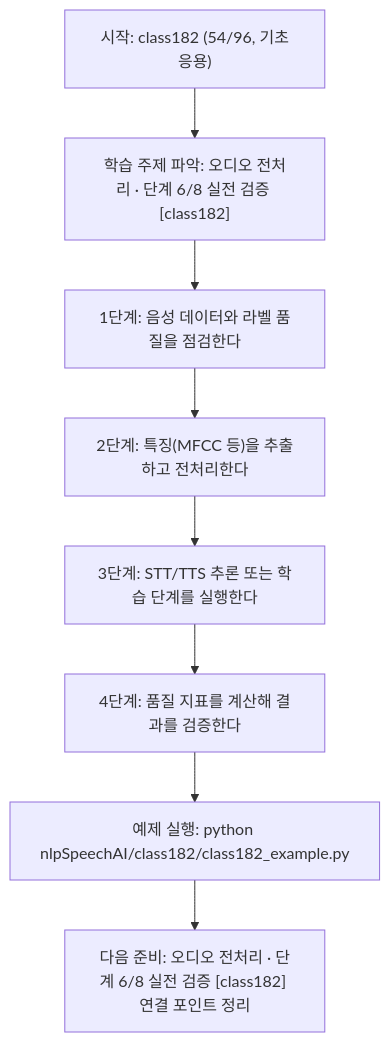
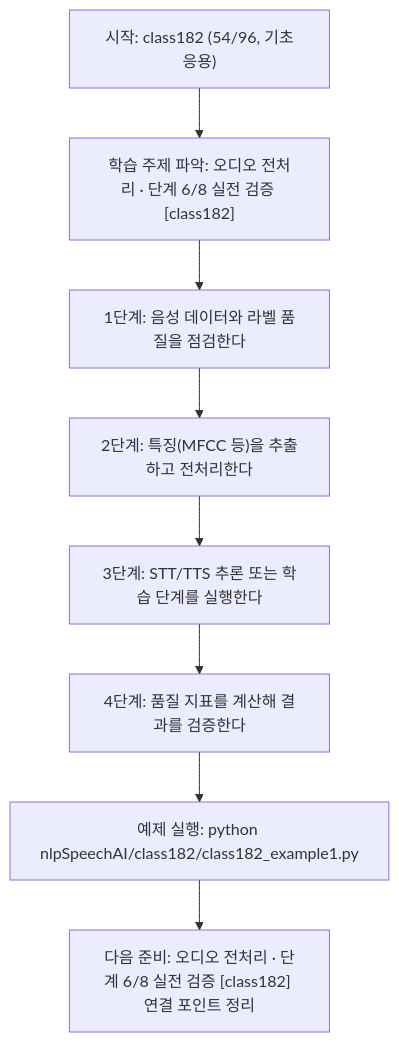
One commit to edumgt/Python-AI_Agent-Class changed the diagram in nlpSpeechAI/class182/class182.md. Above: the diagram before and after it, drawn with Mermaid. The commit also changed other lines of this file and 2959 other files, not shown here.

````diff
--- a/nlpSpeechAI/class182/class182.md
+++ b/nlpSpeechAI/class182/class182.md
@@ -113,18 +113,18 @@
 ```mermaid
 flowchart TD
 N1["시작: class182 (54/96, 기초응용)"]
 N2["학습 주제 파악: 오디오 전처리 · 단계 6/8 실전 검증 [class182]"]
 N3["1단계: 음성 데이터와 라벨 품질을 점검한다"]
 N4["2단계: 특징(MFCC 등)을 추출하고 전처리한다"]
 N5["3단계: STT/TTS 추론 또는 학습 단계를 실행한다"]
 N6["4단계: 품질 지표를 계산해 결과를 검증한다"]
-N7["예제 실행: python nlpSpeechAI/class182/class182_example.py"]
+N7["예제 실행: python nlpSpeechAI/class182/class182_example1.py"]
 N8["다음 준비: 오디오 전처리 · 단계 6/8 실전 검증 [class182] 연결 포인트 정리"]
 N1 --> N2
 N2 --> N3
 N3 --> N4
 N4 --> N5
 N5 --> N6
 N6 --> N7
 N7 --> N8
 ```
````
